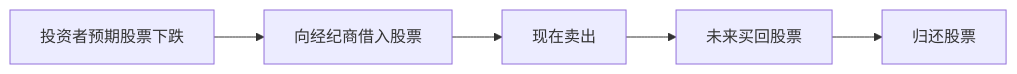
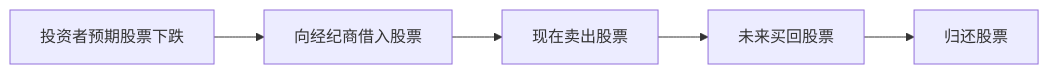
Before and after one commit to Falcom4000/econ-finance-investment: the diagram in notes/ch26-investment-banks-brokers-pe-vc/26.04.md, drawn with Mermaid. The commit also changed other lines of this file and 5 other files, not shown here.

````diff
--- a/notes/ch26-investment-banks-brokers-pe-vc/26.04.md
+++ b/notes/ch26-investment-banks-brokers-pe-vc/26.04.md
@@ -43,7 +77,7 @@
 ```mermaid
 flowchart LR
     A[投资者预期股票下跌] --> B[向经纪商借入股票]
-    B --> C[现在卖出]
+    B --> C[现在卖出股票]
     C --> D[未来买回股票]
     D --> E[归还股票]
 ```
````
